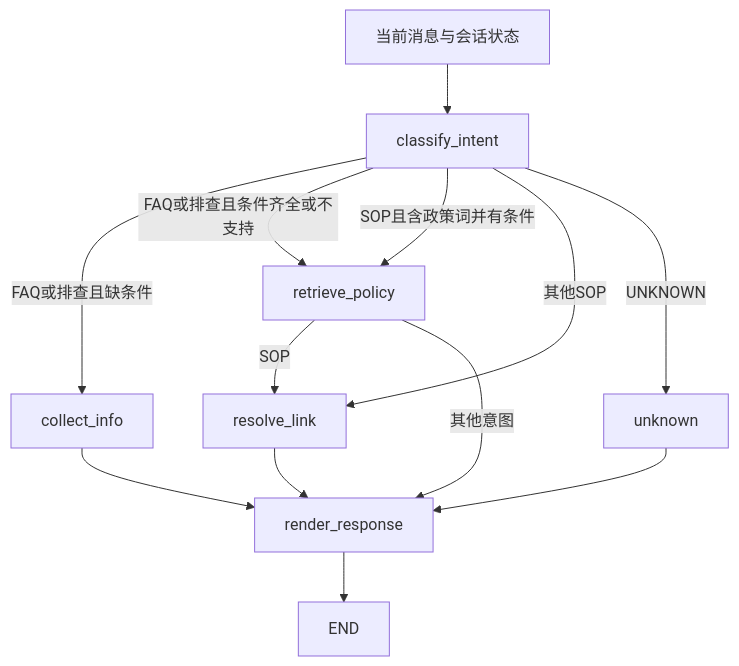
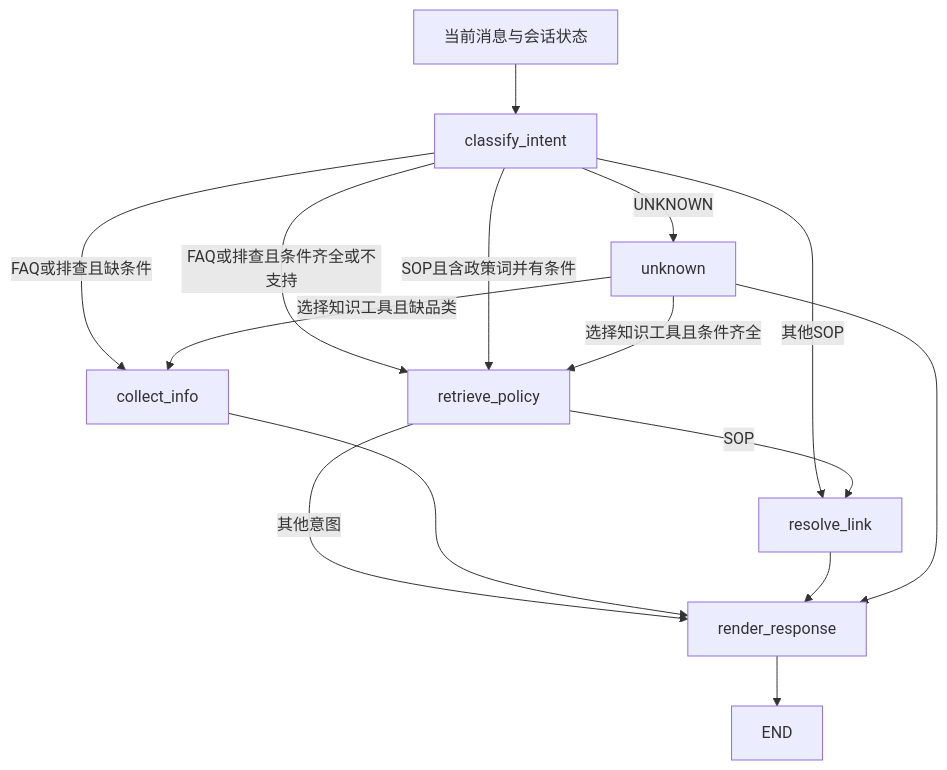
Before and after one commit to jakiewan/ai-customer-service: the diagram in 技术方案.md, drawn with Mermaid. The commit also changed other lines of this file and 25 other files, not shown here.

First line of the commit message:
feat(graph): 引入 UNKNOWN Agent 与 CHITCHAT 意图增强对话能力

````diff
--- a/技术方案.md
+++ b/技术方案.md
@@ -97,15 +97,17 @@
 ```mermaid
 flowchart TD
     A[当前消息与会话状态] --> B[classify_intent]
     B -->|FAQ或排查且缺条件| C[collect_info]
     B -->|FAQ或排查且条件齐全或不支持| D[retrieve_policy]
     B -->|SOP且含政策词并有条件| D
     B -->|其他SOP| E[resolve_link]
     B -->|UNKNOWN| F[unknown]
+    F -->|选择知识工具且缺品类| C
+    F -->|选择知识工具且条件齐全| D
     D -->|SOP| E
     D -->|其他意图| G[render_response]
     C --> G
     E --> G
     F --> G
     G --> H[END]
 ```
````
